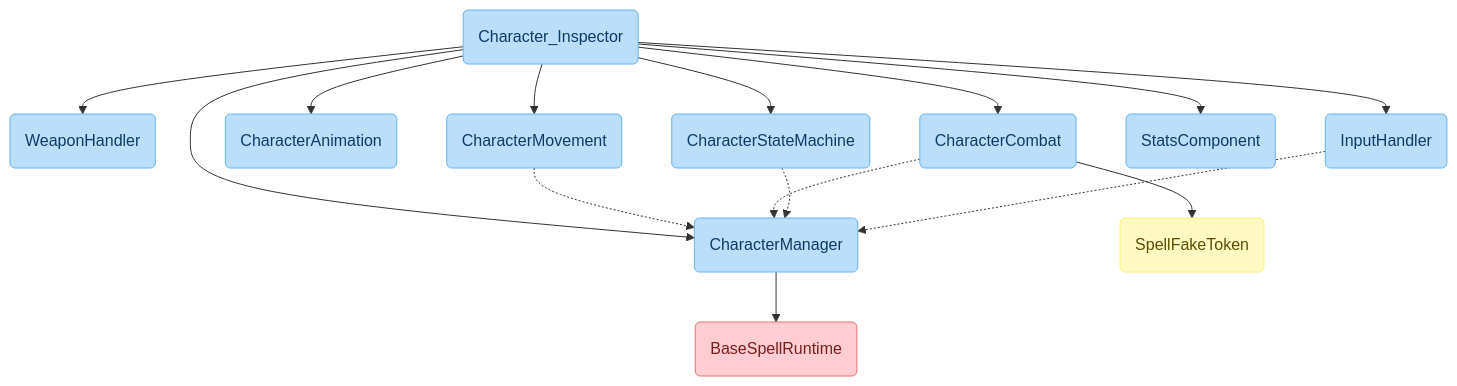
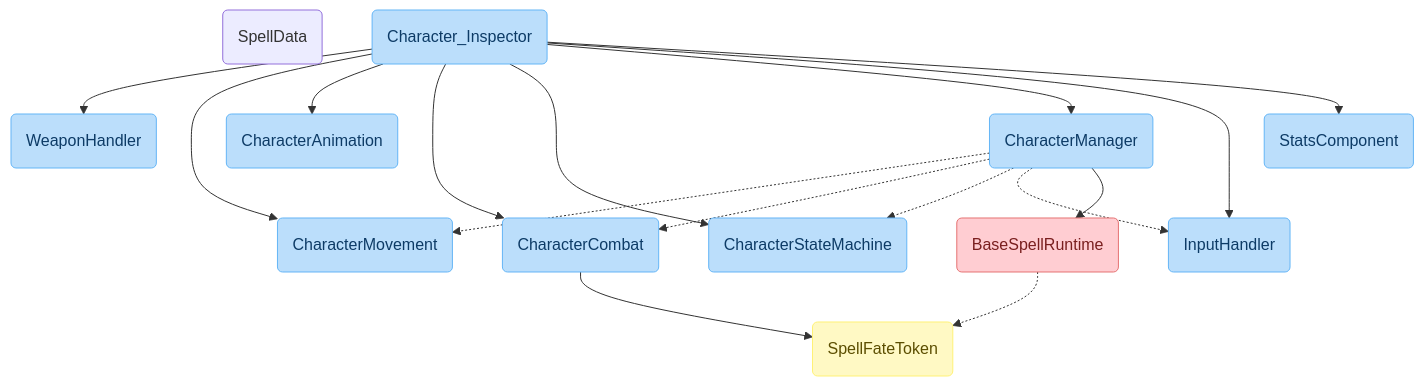
Before and after one commit to Montaron/Warming_up: the first of 2 diagrams in Assets/Notes/Hierarchy_visualisation.md, drawn with Mermaid. The commit also changed 1 other file, not shown here.

Commit message:
added idea and things to do

````diff
--- a/Assets/Notes/Hierarchy_visualisation.md
+++ b/Assets/Notes/Hierarchy_visualisation.md
@@ -3,61 +3,68 @@
 ```mermaid
 flowchart TD
 %% ===== COLOR PALETTE SNIPPET =====
 %% Blue
 classDef blueLight  fill:#BBDEFB,stroke:#64B5F6,color:#0D3B66
 classDef blueMedium fill:#42A5F5,stroke:#1E88E5,color:#fff
 classDef blueHigh   fill:#0D47A1,stroke:#0A3577,color:#fff
 
 %% Red
 classDef redLight  fill:#FFCDD2,stroke:#E57373,color:#7A1F1F
 classDef redMedium fill:#EF5350,stroke:#D32F2F,color:#fff
 classDef redHigh   fill:#B71C1C,stroke:#7F1313,color:#fff
 
 %% Green
 classDef greenLight  fill:#C8E6C9,stroke:#81C784,color:#1B4D20
 classDef greenMedium fill:#66BB6A,stroke:#388E3C,color:#fff
 classDef greenHigh   fill:#1B5E20,stroke:#123D15,color:#fff
 
 %% Yellow
 classDef yellowLight  fill:#FFF9C4,stroke:#FFF176,color:#5C4E00
 classDef yellowMedium fill:#FFEB3B,stroke:#FBC02D,color:#3D3200
 classDef yellowHigh   fill:#F9A825,stroke:#C77800,color:#fff
 %% ===== END PALETTE SNIPPET =====
+%% ===== START VAR SNIPPET ====
+AA(BaseSpellRuntime)
+AAA(SpellFateToken)
+SO_SpellData(SpellData)
 
-%% Character in inspector Objects
+%% ===== END VAR SNIPPET ====
+
+%% Objects creation hierarchy 
 A(Character_Inspector)
 A --> B(WeaponHandler)
 A --> C(CharacterMovement)
 A --> D(CharacterAnimation)
 A --> E(CharacterCombat)
 A --> F(CharacterStateMachine)
 A --> G(CharacterManager)
 A --> H(InputHandler)
 A --> I(StatsComponent)
 
-%% CharacterManager communicate with :
-C -.-> G
-E -.-> G
-F -.-> G
-H -.-> G
+%% References to :
+G -.-> C
+G-.-> E
+G -.-> F
+G -.-> H
+AA -.-> AAA
 
 %% Spell System interaction
-G --> AA(BaseSpellRuntime)
+G --> AA
 
 %% SpellFateToken
-E --> AAA(SpellFakeToken)
+E --> AAA
 
 class A blueLight
 class B blueLight
 class C blueLight
 class D blueLight
 class E blueLight
 class F blueLight
 class G blueLight
 class H blueLight
 class I blueLight
 
 class AA redLight
 
 class AAA yellowLight
 ```
````
